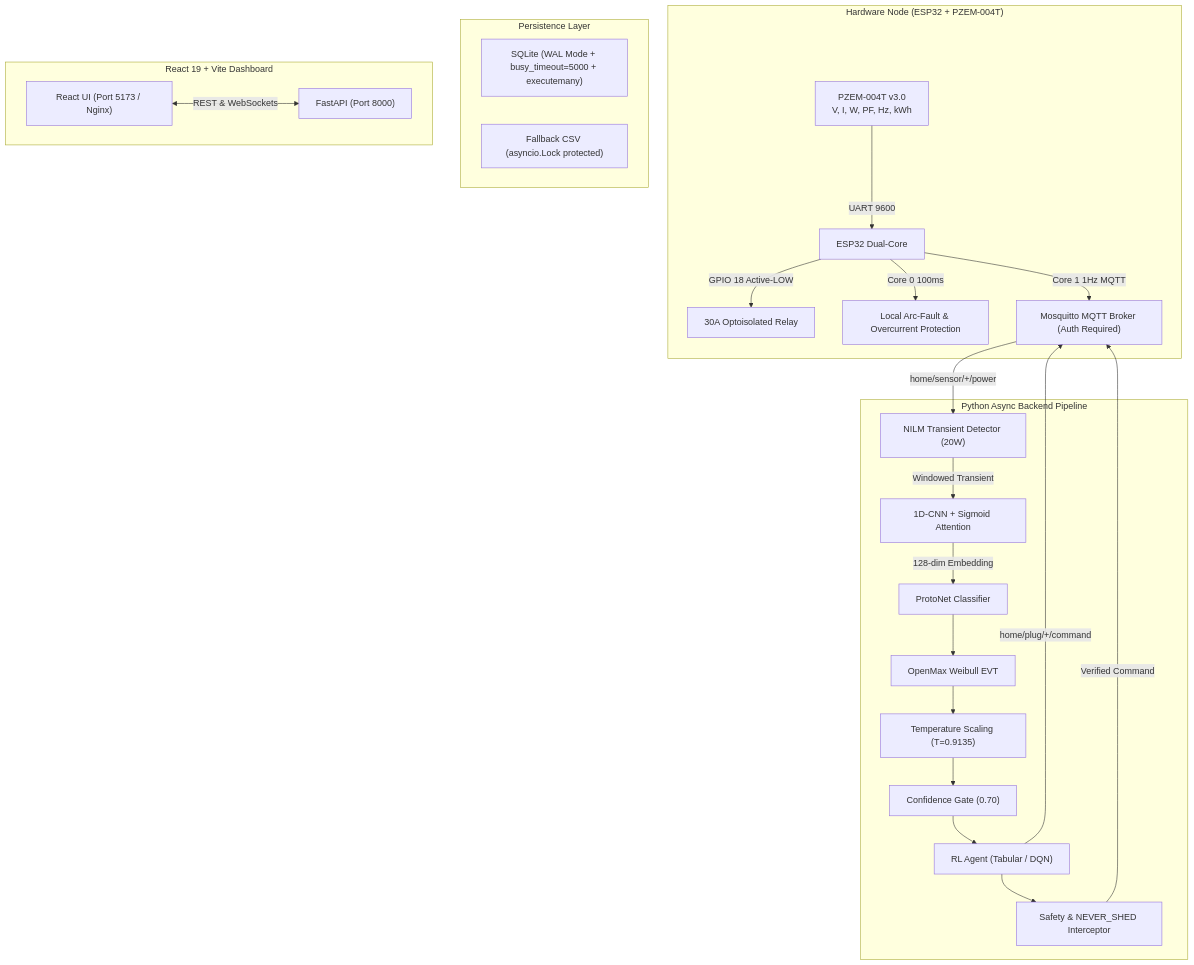
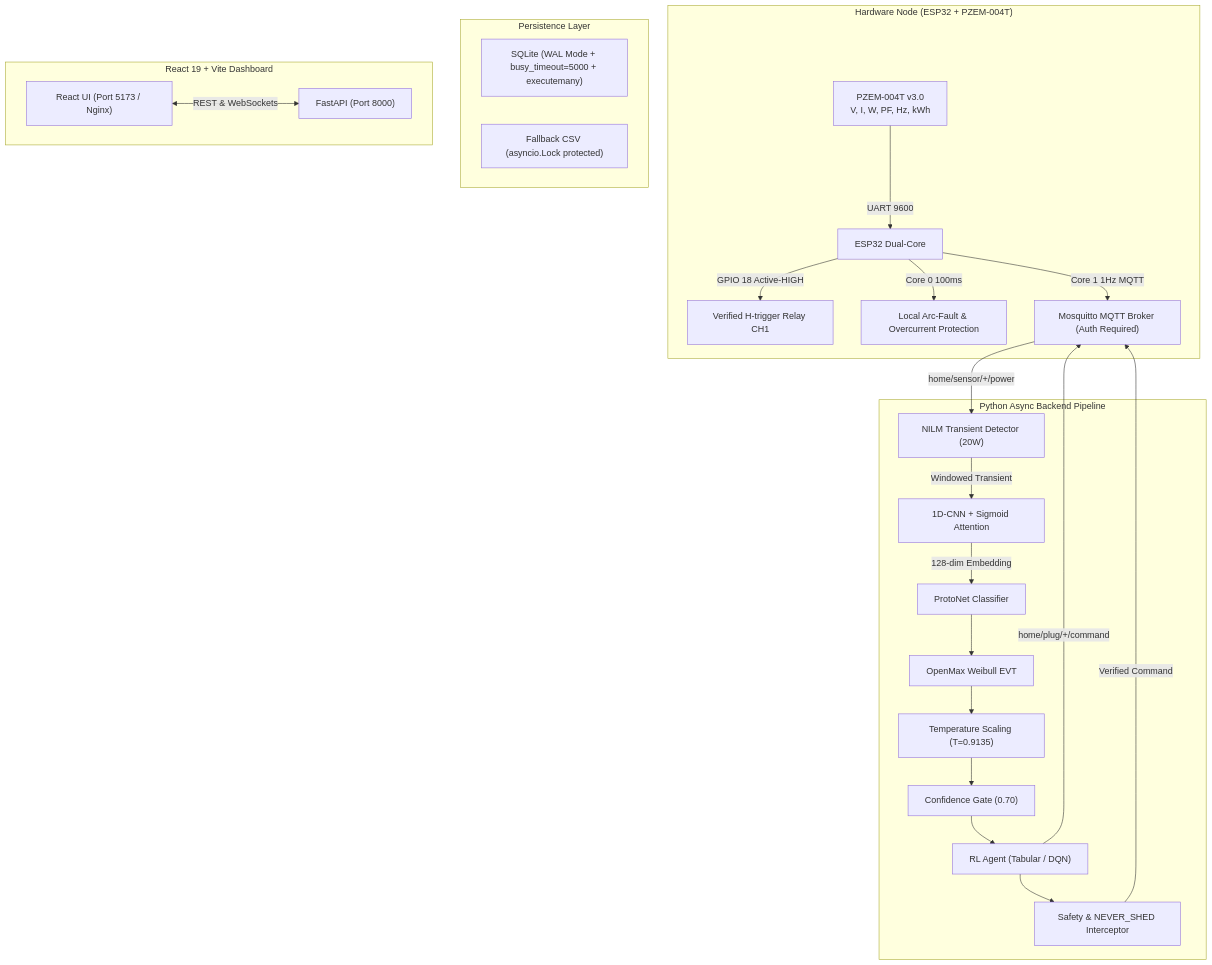
The diagram in AI_CONTEXT_AND_DISCOVERIES.md (Pramod8997/nullp), drawn with Mermaid before and after one commit. The commit also changed 51 other files, not shown here.

````diff
--- a/AI_CONTEXT_AND_DISCOVERIES.md
+++ b/AI_CONTEXT_AND_DISCOVERIES.md
@@ -12,31 +12,31 @@
 ```mermaid
 graph TD
     subgraph Edge ["Hardware Node (ESP32 + PZEM-004T)"]
         PZEM["PZEM-004T v3.0<br/>V, I, W, PF, Hz, kWh"] -->|UART 9600| ESP["ESP32 Dual-Core"]
-        ESP -->|GPIO 18 Active-LOW| RELAY["30A Optoisolated Relay"]
+        ESP -->|GPIO 18 Active-HIGH| RELAY["Verified H-trigger Relay CH1"]
         ESP -->|Core 0 100ms| LOCAL_SAFETY["Local Arc-Fault & Overcurrent Protection"]
         ESP -->|Core 1 1Hz MQTT| BROKER["Mosquitto MQTT Broker (Auth Required)"]
     end
 
     subgraph Backend ["Python Async Backend Pipeline"]
         BROKER -->|home/sensor/+/power| NILM["NILM Transient Detector (20W)"]
         NILM -->|Windowed Transient| CNN["1D-CNN + Sigmoid Attention"]
         CNN -->|128-dim Embedding| PROTONET["ProtoNet Classifier"]
         PROTONET --> OPENMAX["OpenMax Weibull EVT"]
         OPENMAX --> CALIB["Temperature Scaling (T=0.9135)"]
         CALIB --> GATE["Confidence Gate (0.70)"]
         GATE --> RL["RL Agent (Tabular / DQN)"]
         RL -->|home/plug/+/command| BROKER
         RL --> SAFETY_INTERCEPT["Safety & NEVER_SHED Interceptor"]
         SAFETY_INTERCEPT -->|Verified Command| BROKER
     end
 
     subgraph Database ["Persistence Layer"]
         DB["SQLite (WAL Mode + busy_timeout=5000 + executemany)"]
         CSV["Fallback CSV (asyncio.Lock protected)"]
     end
 
     subgraph Frontend ["React 19 + Vite Dashboard"]
         UI["React UI (Port 5173 / Nginx)"] <-->|REST & WebSockets| API["FastAPI (Port 8000)"]
     end
 ```
````
